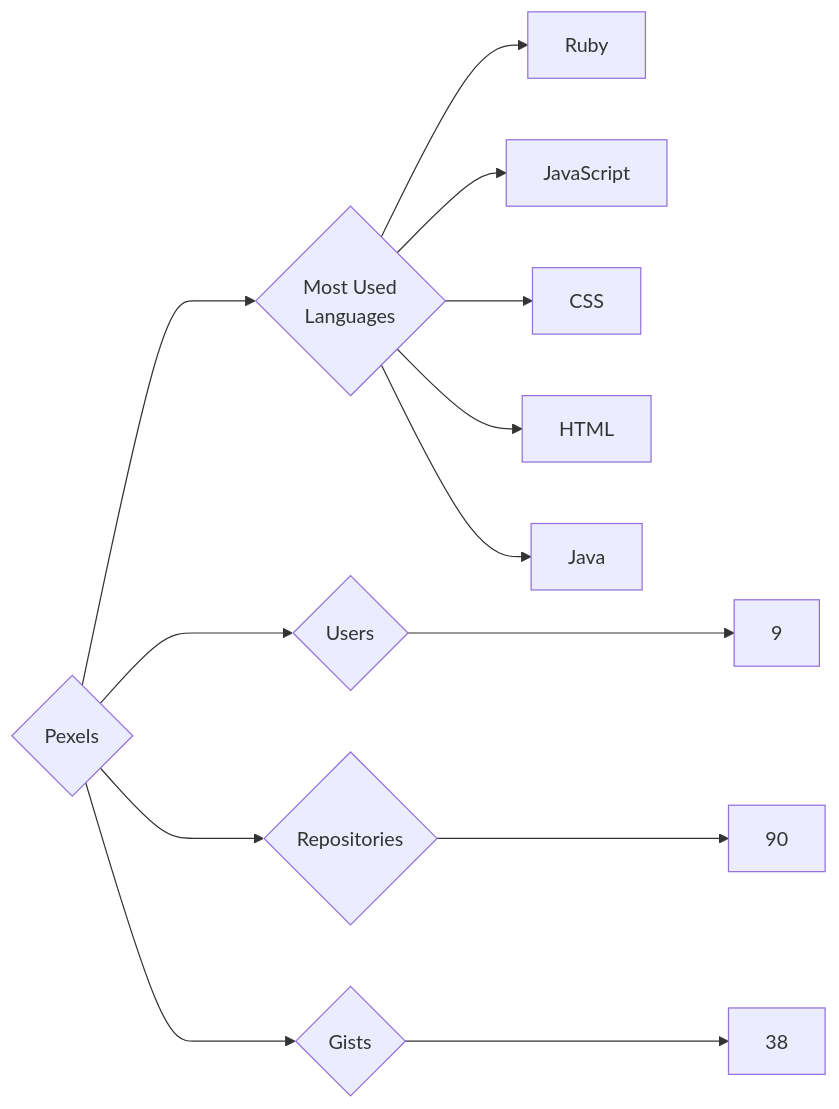
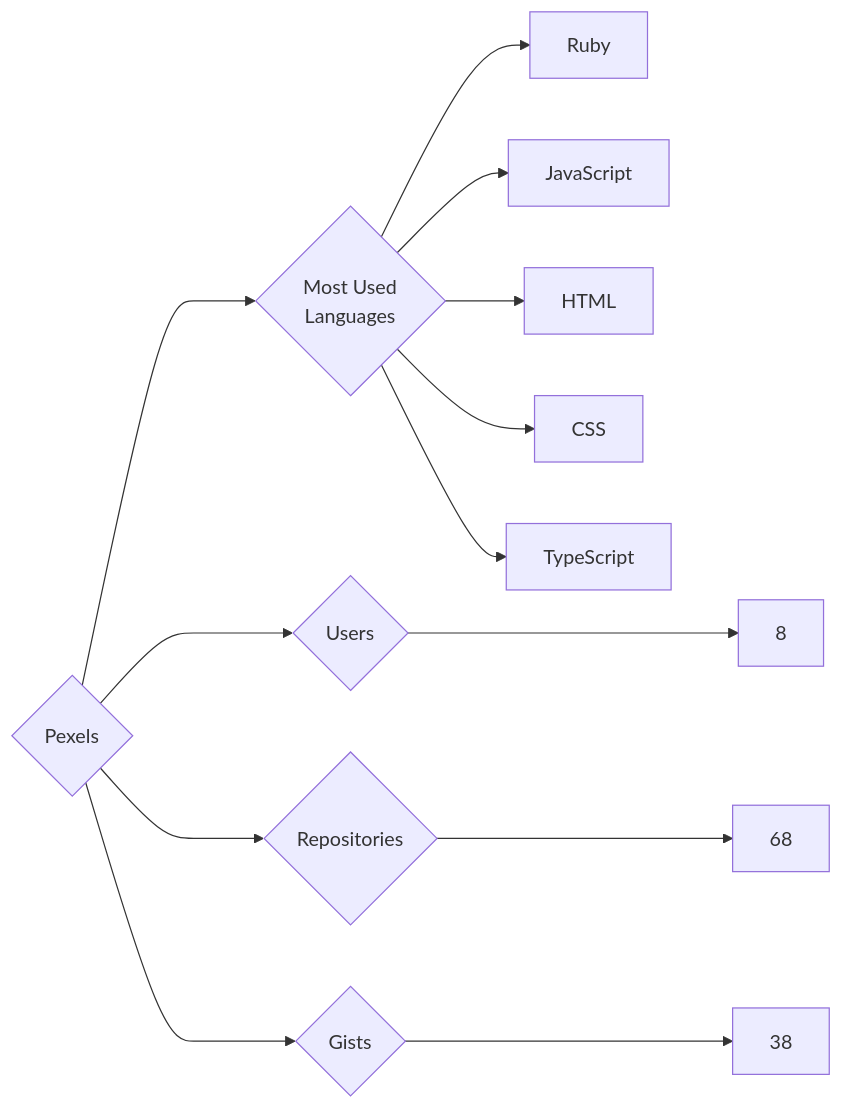
One commit to trickest/insiders changed the diagram in targets/Pexels/README.md. Above: the diagram before and after it, drawn with Mermaid. The commit also changed 953 other files, not shown here.

````diff
--- a/targets/Pexels/README.md
+++ b/targets/Pexels/README.md
@@ -3,13 +3,13 @@
 ```mermaid
 graph LR
 COMPANY_NAME{Pexels}
-COMPANY_NAME ---> U{Users} ---> UN[9]
-COMPANY_NAME ---> R{Repositories} ---> RN[90]
+COMPANY_NAME ---> U{Users} ---> UN[8]
+COMPANY_NAME ---> R{Repositories} ---> RN[68]
 COMPANY_NAME ---> G{Gists} ---> GN[38]
 COMPANY_NAME ---> ML{Most Used<br>Languages}
 ML --> Ruby[Ruby]
 ML --> JavaScript[JavaScript]
+ML --> HTML[HTML]
 ML --> CSS[CSS]
-ML --> HTML[HTML]
-ML --> Java[Java]
+ML --> TypeScript[TypeScript]
 ```
````
